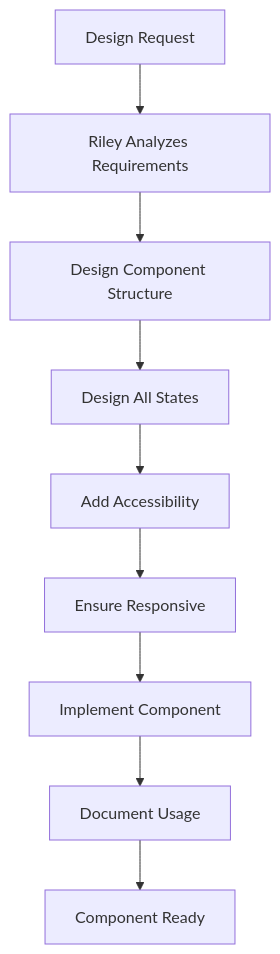
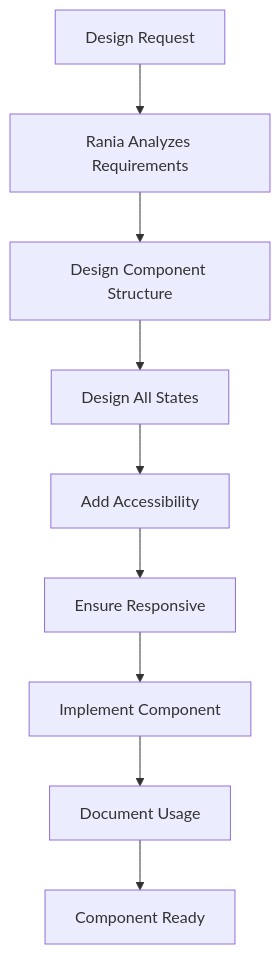
Before and after one commit to dosht/claude-team: the diagram in new_team/commands/react-ui-designer.md, drawn with Mermaid. The commit also changed other lines of this file and 6 other files, not shown here.

````diff
--- a/new_team/commands/react-ui-designer.md
+++ b/new_team/commands/react-ui-designer.md
@@ -259,11 +259,11 @@
 ```mermaid
 graph TB
-  A[Design Request] --> B[Riley Analyzes Requirements]
+  A[Design Request] --> B[Rania Analyzes Requirements]
   B --> C[Design Component Structure]
   C --> D[Design All States]
   D --> E[Add Accessibility]
   E --> F[Ensure Responsive]
   F --> G[Implement Component]
   G --> H[Document Usage]
   H --> I[Component Ready]
 ```
````
